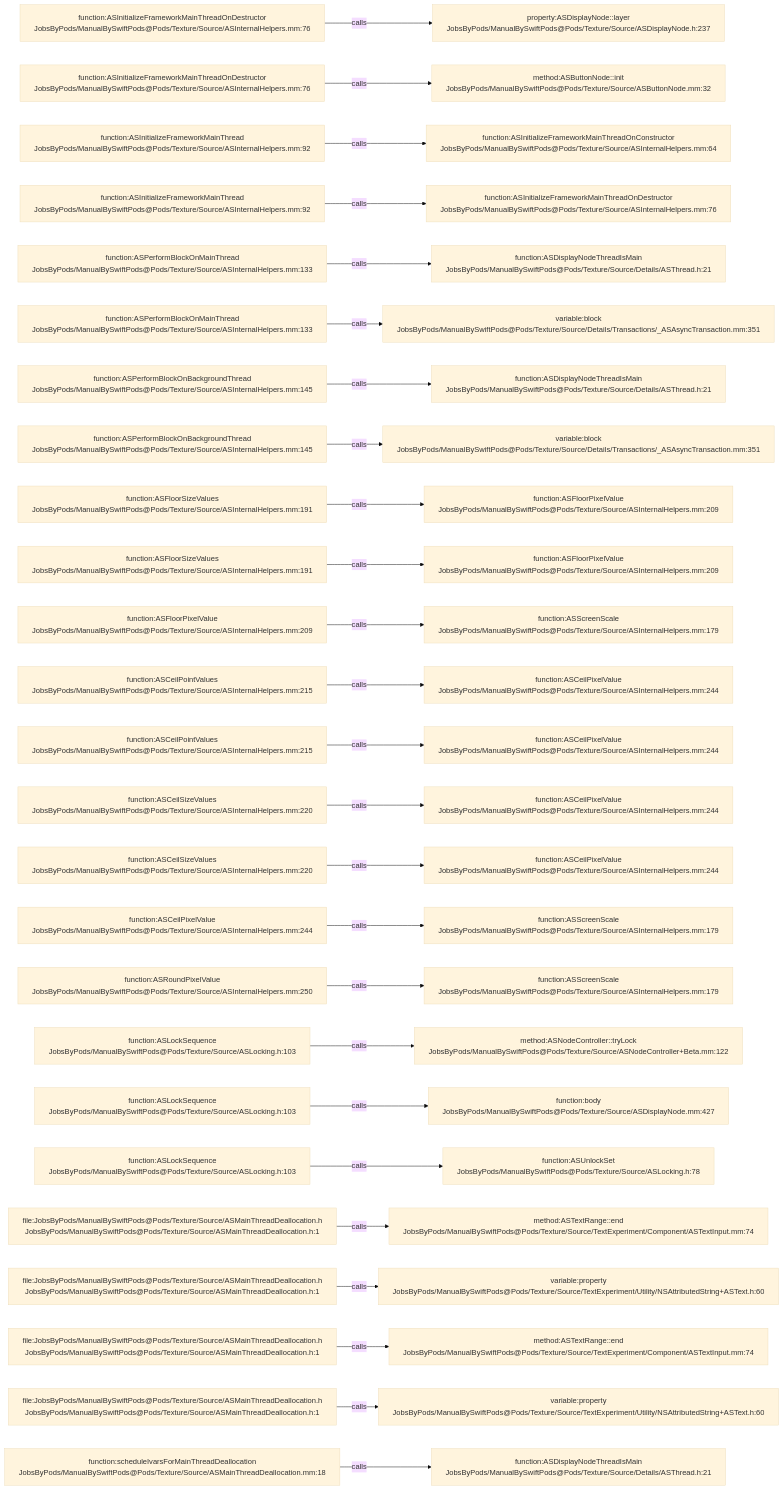
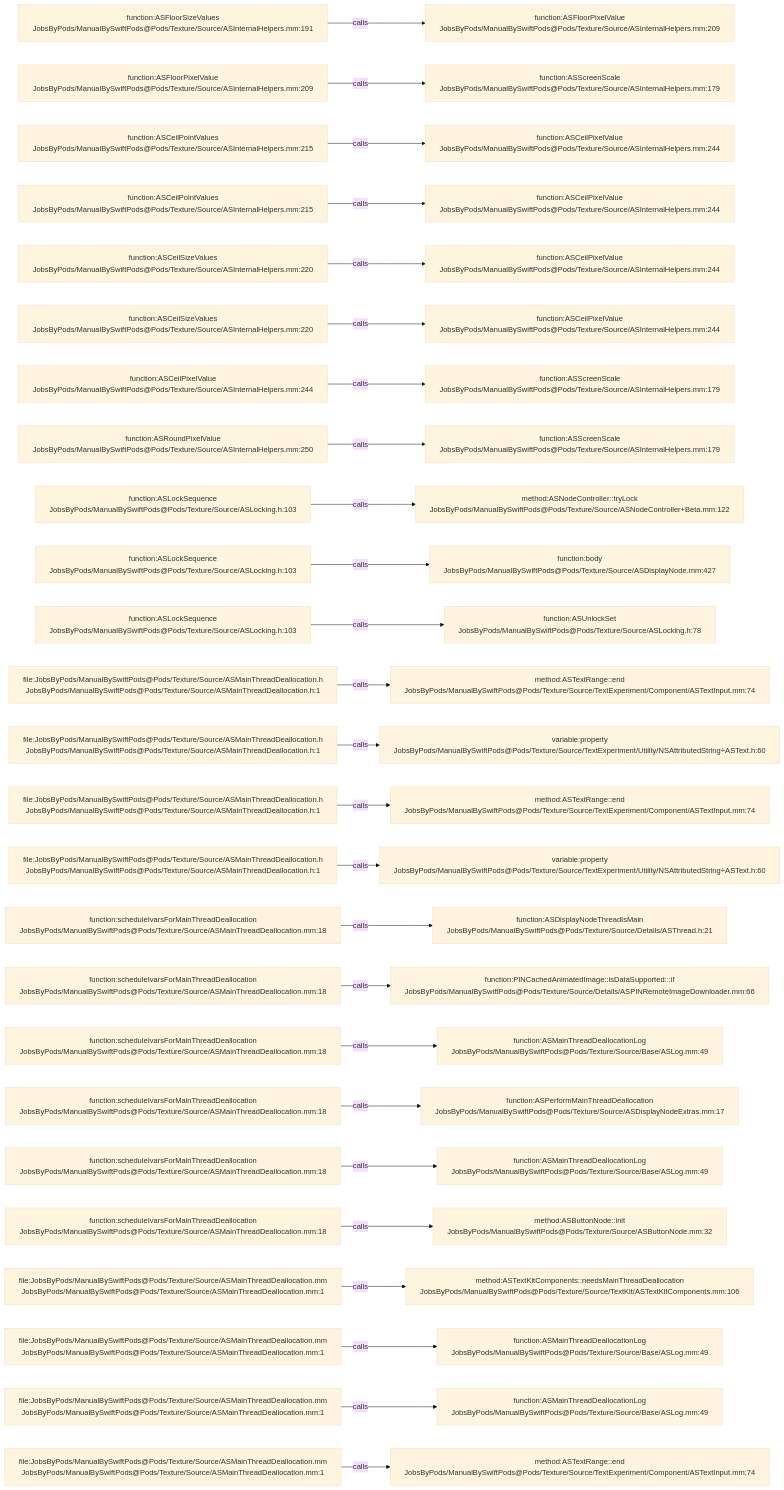
The diagram in .codegraph/codegraph.md/graphs/calls-044.md (JobsKits/JobsSwiftBaseConfigDemo), drawn with Mermaid (base theme) before and after one commit. The commit also changed 707 other files, not shown here.

````diff
--- a/.codegraph/codegraph.md/graphs/calls-044.md
+++ b/.codegraph/codegraph.md/graphs/calls-044.md
@@ -13,78 +13,78 @@
 ```mermaid
 flowchart LR
-  S1["function:ASInitializeFrameworkMainThreadOnDestructor<br/>JobsByPods/ManualBySwiftPods@Pods/Texture/Source/ASInternalHelpers.mm:76"]
-  T1["property:ASDisplayNode::layer<br/>JobsByPods/ManualBySwiftPods@Pods/Texture/Source/ASDisplayNode.h:237"]
+  S1["function:ASFloorSizeValues<br/>JobsByPods/ManualBySwiftPods@Pods/Texture/Source/ASInternalHelpers.mm:191"]
+  T1["function:ASFloorPixelValue<br/>JobsByPods/ManualBySwiftPods@Pods/Texture/Source/ASInternalHelpers.mm:209"]
   S1 -->|calls| T1
-  S2["function:ASInitializeFrameworkMainThreadOnDestructor<br/>JobsByPods/ManualBySwiftPods@Pods/Texture/Source/ASInternalHelpers.mm:76"]
-  T2["method:ASButtonNode::init<br/>JobsByPods/ManualBySwiftPods@Pods/Texture/Source/ASButtonNode.mm:32"]
+  S2["function:ASFloorPixelValue<br/>JobsByPods/ManualBySwiftPods@Pods/Texture/Source/ASInternalHelpers.mm:209"]
+  T2["function:ASScreenScale<br/>JobsByPods/ManualBySwiftPods@Pods/Texture/Source/ASInternalHelpers.mm:179"]
   S2 -->|calls| T2
-  S3["function:ASInitializeFrameworkMainThread<br/>JobsByPods/ManualBySwiftPods@Pods/Texture/Source/ASInternalHelpers.mm:92"]
-  T3["function:ASInitializeFrameworkMainThreadOnConstructor<br/>JobsByPods/ManualBySwiftPods@Pods/Texture/Source/ASInternalHelpers.mm:64"]
+  S3["function:ASCeilPointValues<br/>JobsByPods/ManualBySwiftPods@Pods/Texture/Source/ASInternalHelpers.mm:215"]
+  T3["function:ASCeilPixelValue<br/>JobsByPods/ManualBySwiftPods@Pods/Texture/Source/ASInternalHelpers.mm:244"]
   S3 -->|calls| T3
-  S4["function:ASInitializeFrameworkMainThread<br/>JobsByPods/ManualBySwiftPods@Pods/Texture/Source/ASInternalHelpers.mm:92"]
-  T4["function:ASInitializeFrameworkMainThreadOnDestructor<br/>JobsByPods/ManualBySwiftPods@Pods/Texture/Source/ASInternalHelpers.mm:76"]
+  S4["function:ASCeilPointValues<br/>JobsByPods/ManualBySwiftPods@Pods/Texture/Source/ASInternalHelpers.mm:215"]
+  T4["function:ASCeilPixelValue<br/>JobsByPods/ManualBySwiftPods@Pods/Texture/Source/ASInternalHelpers.mm:244"]
   S4 -->|calls| T4
-  S5["function:ASPerformBlockOnMainThread<br/>JobsByPods/ManualBySwiftPods@Pods/Texture/Source/ASInternalHelpers.mm:133"]
-  T5["function:ASDisplayNodeThreadIsMain<br/>JobsByPods/ManualBySwiftPods@Pods/Texture/Source/Details/ASThread.h:21"]
+  S5["function:ASCeilSizeValues<br/>JobsByPods/ManualBySwiftPods@Pods/Texture/Source/ASInternalHelpers.mm:220"]
+  T5["function:ASCeilPixelValue<br/>JobsByPods/ManualBySwiftPods@Pods/Texture/Source/ASInternalHelpers.mm:244"]
   S5 -->|calls| T5
-  S6["function:ASPerformBlockOnMainThread<br/>JobsByPods/ManualBySwiftPods@Pods/Texture/Source/ASInternalHelpers.mm:133"]
-  T6["variable:block<br/>JobsByPods/ManualBySwiftPods@Pods/Texture/Source/Details/Transactions/_ASAsyncTransaction.mm:351"]
+  S6["function:ASCeilSizeValues<br/>JobsByPods/ManualBySwiftPods@Pods/Texture/Source/ASInternalHelpers.mm:220"]
+  T6["function:ASCeilPixelValue<br/>JobsByPods/ManualBySwiftPods@Pods/Texture/Source/ASInternalHelpers.mm:244"]
   S6 -->|calls| T6
-  S7["function:ASPerformBlockOnBackgroundThread<br/>JobsByPods/ManualBySwiftPods@Pods/Texture/Source/ASInternalHelpers.mm:145"]
-  T7["function:ASDisplayNodeThreadIsMain<br/>JobsByPods/ManualBySwiftPods@Pods/Texture/Source/Details/ASThread.h:21"]
+  S7["function:ASCeilPixelValue<br/>JobsByPods/ManualBySwiftPods@Pods/Texture/Source/ASInternalHelpers.mm:244"]
+  T7["function:ASScreenScale<br/>JobsByPods/ManualBySwiftPods@Pods/Texture/Source/ASInternalHelpers.mm:179"]
   S7 -->|calls| T7
-  S8["function:ASPerformBlockOnBackgroundThread<br/>JobsByPods/ManualBySwiftPods@Pods/Texture/Source/ASInternalHelpers.mm:145"]
-  T8["variable:block<br/>JobsByPods/ManualBySwiftPods@Pods/Texture/Source/Details/Transactions/_ASAsyncTransaction.mm:351"]
+  S8["function:ASRoundPixelValue<br/>JobsByPods/ManualBySwiftPods@Pods/Texture/Source/ASInternalHelpers.mm:250"]
+  T8["function:ASScreenScale<br/>JobsByPods/ManualBySwiftPods@Pods/Texture/Source/ASInternalHelpers.mm:179"]
   S8 -->|calls| T8
-  S9["function:ASFloorSizeValues<br/>JobsByPods/ManualBySwiftPods@Pods/Texture/Source/ASInternalHelpers.mm:191"]
-  T9["function:ASFloorPixelValue<br/>JobsByPods/ManualBySwiftPods@Pods/Texture/Source/ASInternalHelpers.mm:209"]
+  S9["function:ASLockSequence<br/>JobsByPods/ManualBySwiftPods@Pods/Texture/Source/ASLocking.h:103"]
+  T9["method:ASNodeController::tryLock<br/>JobsByPods/ManualBySwiftPods@Pods/Texture/Source/ASNodeController+Beta.mm:122"]
   S9 -->|calls| T9
-  S10["function:ASFloorSizeValues<br/>JobsByPods/ManualBySwiftPods@Pods/Texture/Source/ASInternalHelpers.mm:191"]
-  T10["function:ASFloorPixelValue<br/>JobsByPods/ManualBySwiftPods@Pods/Texture/Source/ASInternalHelpers.mm:209"]
+  S10["function:ASLockSequence<br/>JobsByPods/ManualBySwiftPods@Pods/Texture/Source/ASLocking.h:103"]
+  T10["function:body<br/>JobsByPods/ManualBySwiftPods@Pods/Texture/Source/ASDisplayNode.mm:427"]
   S10 -->|calls| T10
-  S11["function:ASFloorPixelValue<br/>JobsByPods/ManualBySwiftPods@Pods/Texture/Source/ASInternalHelpers.mm:209"]
-  T11["function:ASScreenScale<br/>JobsByPods/ManualBySwiftPods@Pods/Texture/Source/ASInternalHelpers.mm:179"]
+  S11["function:ASLockSequence<br/>JobsByPods/ManualBySwiftPods@Pods/Texture/Source/ASLocking.h:103"]
+  T11["function:ASUnlockSet<br/>JobsByPods/ManualBySwiftPods@Pods/Texture/Source/ASLocking.h:78"]
   S11 -->|calls| T11
-  S12["function:ASCeilPointValues<br/>JobsByPods/ManualBySwiftPods@Pods/Texture/Source/ASInternalHelpers.mm:215"]
-  T12["function:ASCeilPixelValue<br/>JobsByPods/ManualBySwiftPods@Pods/Texture/Source/ASInternalHelpers.mm:244"]
+  S12["file:JobsByPods/ManualBySwiftPods@Pods/Texture/Source/ASMainThreadDeallocation.h<br/>JobsByPods/ManualBySwiftPods@Pods/Texture/Source/ASMainThreadDeallocation.h:1"]
+  T12["method:ASTextRange::end<br/>JobsByPods/ManualBySwiftPods@Pods/Texture/Source/TextExperiment/Component/ASTextInput.mm:74"]
   S12 -->|calls| T12
-  S13["function:ASCeilPointValues<br/>JobsByPods/ManualBySwiftPods@Pods/Texture/Source/ASInternalHelpers.mm:215"]
-  T13["function:ASCeilPixelValue<br/>JobsByPods/ManualBySwiftPods@Pods/Texture/Source/ASInternalHelpers.mm:244"]
+  S13["file:JobsByPods/ManualBySwiftPods@Pods/Texture/Source/ASMainThreadDeallocation.h<br/>JobsByPods/ManualBySwiftPods@Pods/Texture/Source/ASMainThreadDeallocation.h:1"]
+  T13["variable:property<br/>JobsByPods/ManualBySwiftPods@Pods/Texture/Source/TextExperiment/Utility/NSAttributedString+ASText.h:60"]
   S13 -->|calls| T13
-  S14["function:ASCeilSizeValues<br/>JobsByPods/ManualBySwiftPods@Pods/Texture/Source/ASInternalHelpers.mm:220"]
-  T14["function:ASCeilPixelValue<br/>JobsByPods/ManualBySwiftPods@Pods/Texture/Source/ASInternalHelpers.mm:244"]
+  S14["file:JobsByPods/ManualBySwiftPods@Pods/Texture/Source/ASMainThreadDeallocation.h<br/>JobsByPods/ManualBySwiftPods@Pods/Texture/Source/ASMainThreadDeallocation.h:1"]
+  T14["method:ASTextRange::end<br/>JobsByPods/ManualBySwiftPods@Pods/Texture/Source/TextExperiment/Component/ASTextInput.mm:74"]
   S14 -->|calls| T14
-  S15["function:ASCeilSizeValues<br/>JobsByPods/ManualBySwiftPods@Pods/Texture/Source/ASInternalHelpers.mm:220"]
-  T15["function:ASCeilPixelValue<br/>JobsByPods/ManualBySwiftPods@Pods/Texture/Source/ASInternalHelpers.mm:244"]
+  S15["file:JobsByPods/ManualBySwiftPods@Pods/Texture/Source/ASMainThreadDeallocation.h<br/>JobsByPods/ManualBySwiftPods@Pods/Texture/Source/ASMainThreadDeallocation.h:1"]
+  T15["variable:property<br/>JobsByPods/ManualBySwiftPods@Pods/Texture/Source/TextExperiment/Utility/NSAttributedString+ASText.h:60"]
   S15 -->|calls| T15
-  S16["function:ASCeilPixelValue<br/>JobsByPods/ManualBySwiftPods@Pods/Texture/Source/ASInternalHelpers.mm:244"]
-  T16["function:ASScreenScale<br/>JobsByPods/ManualBySwiftPods@Pods/Texture/Source/ASInternalHelpers.mm:179"]
+  S16["function:scheduleIvarsForMainThreadDeallocation<br/>JobsByPods/ManualBySwiftPods@Pods/Texture/Source/ASMainThreadDeallocation.mm:18"]
+  T16["function:ASDisplayNodeThreadIsMain<br/>JobsByPods/ManualBySwiftPods@Pods/Texture/Source/Details/ASThread.h:21"]
   S16 -->|calls| T16
-  S17["function:ASRoundPixelValue<br/>JobsByPods/ManualBySwiftPods@Pods/Texture/Source/ASInternalHelpers.mm:250"]
-  T17["function:ASScreenScale<br/>JobsByPods/ManualBySwiftPods@Pods/Texture/Source/ASInternalHelpers.mm:179"]
+  S17["function:scheduleIvarsForMainThreadDeallocation<br/>JobsByPods/ManualBySwiftPods@Pods/Texture/Source/ASMainThreadDeallocation.mm:18"]
+  T17["function:PINCachedAnimatedImage::isDataSupported:::if<br/>JobsByPods/ManualBySwiftPods@Pods/Texture/Source/Details/ASPINRemoteImageDownloader.mm:66"]
   S17 -->|calls| T17
-  S18["function:ASLockSequence<br/>JobsByPods/ManualBySwiftPods@Pods/Texture/Source/ASLocking.h:103"]
-  T18["method:ASNodeController::tryLock<br/>JobsByPods/ManualBySwiftPods@Pods/Texture/Source/ASNodeController+Beta.mm:122"]
+  S18["function:scheduleIvarsForMainThreadDeallocation<br/>JobsByPods/ManualBySwiftPods@Pods/Texture/Source/ASMainThreadDeallocation.mm:18"]
+  T18["function:ASMainThreadDeallocationLog<br/>JobsByPods/ManualBySwiftPods@Pods/Texture/Source/Base/ASLog.mm:49"]
   S18 -->|calls| T18
-  S19["function:ASLockSequence<br/>JobsByPods/ManualBySwiftPods@Pods/Texture/Source/ASLocking.h:103"]
-  T19["function:body<br/>JobsByPods/ManualBySwiftPods@Pods/Texture/Source/ASDisplayNode.mm:427"]
+  S19["function:scheduleIvarsForMainThreadDeallocation<br/>JobsByPods/ManualBySwiftPods@Pods/Texture/Source/ASMainThreadDeallocation.mm:18"]
+  T19["function:ASPerformMainThreadDeallocation<br/>JobsByPods/ManualBySwiftPods@Pods/Texture/Source/ASDisplayNodeExtras.mm:17"]
   S19 -->|calls| T19
-  S20["function:ASLockSequence<br/>JobsByPods/ManualBySwiftPods@Pods/Texture/Source/ASLocking.h:103"]
-  T20["function:ASUnlockSet<br/>JobsByPods/ManualBySwiftPods@Pods/Texture/Source/ASLocking.h:78"]
+  S20["function:scheduleIvarsForMainThreadDeallocation<br/>JobsByPods/ManualBySwiftPods@Pods/Texture/Source/ASMainThreadDeallocation.mm:18"]
+  T20["function:ASMainThreadDeallocationLog<br/>JobsByPods/ManualBySwiftPods@Pods/Texture/Source/Base/ASLog.mm:49"]
   S20 -->|calls| T20
-  S21["file:JobsByPods/ManualBySwiftPods@Pods/Texture/Source/ASMainThreadDeallocation.h<br/>JobsByPods/ManualBySwiftPods@Pods/Texture/Source/ASMainThreadDeallocation.h:1"]
-  T21["method:ASTextRange::end<br/>JobsByPods/ManualBySwiftPods@Pods/Texture/Source/TextExperiment/Component/ASTextInput.mm:74"]
+  S21["function:scheduleIvarsForMainThreadDeallocation<br/>JobsByPods/ManualBySwiftPods@Pods/Texture/Source/ASMainThreadDeallocation.mm:18"]
+  T21["method:ASButtonNode::init<br/>JobsByPods/ManualBySwiftPods@Pods/Texture/Source/ASButtonNode.mm:32"]
   S21 -->|calls| T21
-  S22["file:JobsByPods/ManualBySwiftPods@Pods/Texture/Source/ASMainThreadDeallocation.h<br/>JobsByPods/ManualBySwiftPods@Pods/Texture/Source/ASMainThreadDeallocation.h:1"]
-  T22["variable:property<br/>JobsByPods/ManualBySwiftPods@Pods/Texture/Source/TextExperiment/Utility/NSAttributedString+ASText.h:60"]
+  S22["file:JobsByPods/ManualBySwiftPods@Pods/Texture/Source/ASMainThreadDeallocation.mm<br/>JobsByPods/ManualBySwiftPods@Pods/Texture/Source/ASMainThreadDeallocation.mm:1"]
+  T22["method:ASTextKitComponents::needsMainThreadDeallocation<br/>JobsByPods/ManualBySwiftPods@Pods/Texture/Source/TextKit/ASTextKitComponents.mm:106"]
   S22 -->|calls| T22
-  S23["file:JobsByPods/ManualBySwiftPods@Pods/Texture/Source/ASMainThreadDeallocation.h<br/>JobsByPods/ManualBySwiftPods@Pods/Texture/Source/ASMainThreadDeallocation.h:1"]
-  T23["method:ASTextRange::end<br/>JobsByPods/ManualBySwiftPods@Pods/Texture/Source/TextExperiment/Component/ASTextInput.mm:74"]
+  S23["file:JobsByPods/ManualBySwiftPods@Pods/Texture/Source/ASMainThreadDeallocation.mm<br/>JobsByPods/ManualBySwiftPods@Pods/Texture/Source/ASMainThreadDeallocation.mm:1"]
+  T23["function:ASMainThreadDeallocationLog<br/>JobsByPods/ManualBySwiftPods@Pods/Texture/Source/Base/ASLog.mm:49"]
   S23 -->|calls| T23
-  S24["file:JobsByPods/ManualBySwiftPods@Pods/Texture/Source/ASMainThreadDeallocation.h<br/>JobsByPods/ManualBySwiftPods@Pods/Texture/Source/ASMainThreadDeallocation.h:1"]
-  T24["variable:property<br/>JobsByPods/ManualBySwiftPods@Pods/Texture/Source/TextExperiment/Utility/NSAttributedString+ASText.h:60"]
+  S24["file:JobsByPods/ManualBySwiftPods@Pods/Texture/Source/ASMainThreadDeallocation.mm<br/>JobsByPods/ManualBySwiftPods@Pods/Texture/Source/ASMainThreadDeallocation.mm:1"]
+  T24["function:ASMainThreadDeallocationLog<br/>JobsByPods/ManualBySwiftPods@Pods/Texture/Source/Base/ASLog.mm:49"]
   S24 -->|calls| T24
-  S25["function:scheduleIvarsForMainThreadDeallocation<br/>JobsByPods/ManualBySwiftPods@Pods/Texture/Source/ASMainThreadDeallocation.mm:18"]
-  T25["function:ASDisplayNodeThreadIsMain<br/>JobsByPods/ManualBySwiftPods@Pods/Texture/Source/Details/ASThread.h:21"]
+  S25["file:JobsByPods/ManualBySwiftPods@Pods/Texture/Source/ASMainThreadDeallocation.mm<br/>JobsByPods/ManualBySwiftPods@Pods/Texture/Source/ASMainThreadDeallocation.mm:1"]
+  T25["method:ASTextRange::end<br/>JobsByPods/ManualBySwiftPods@Pods/Texture/Source/TextExperiment/Component/ASTextInput.mm:74"]
   S25 -->|calls| T25
 ```
````
